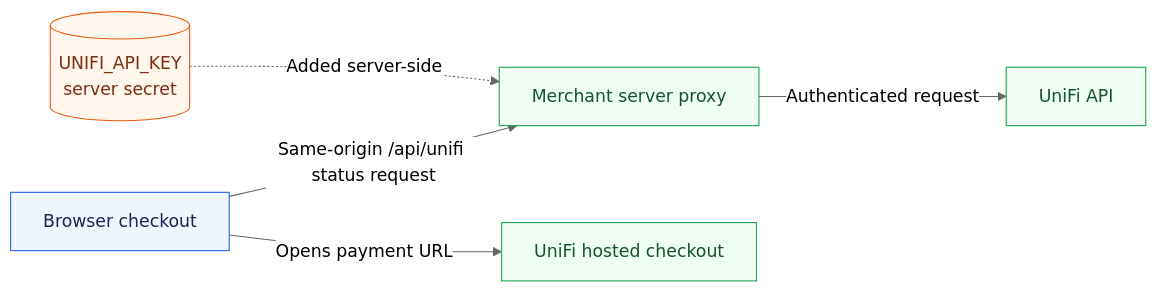
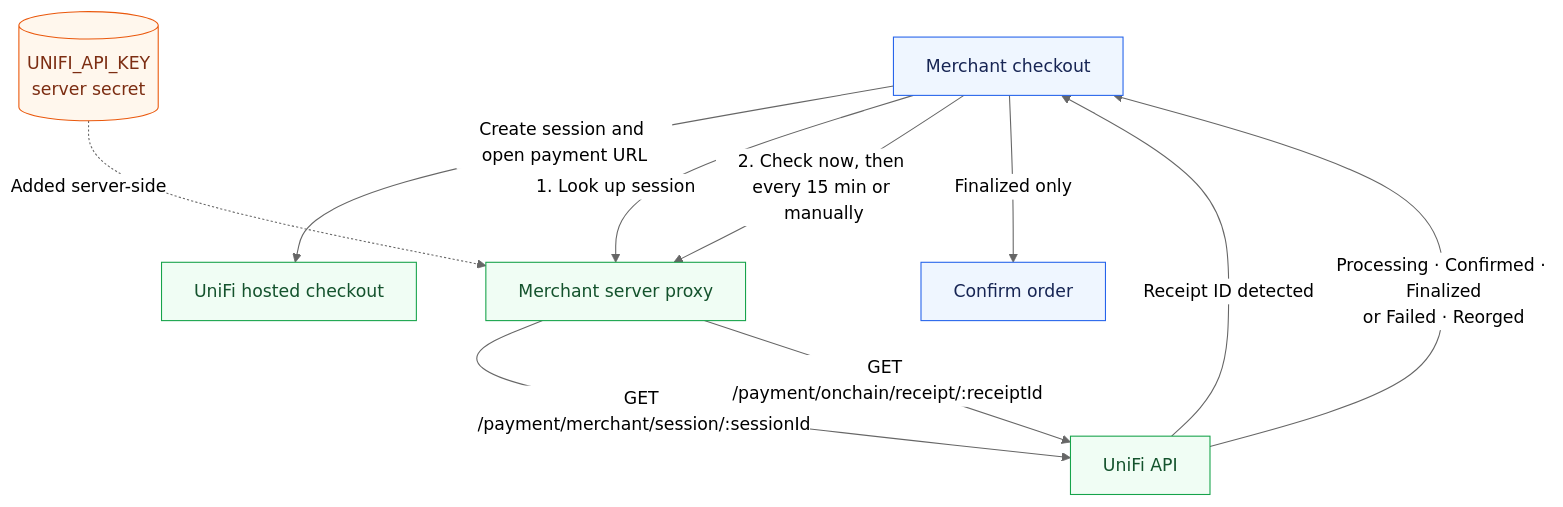
One commit to abhi3700/unifi-pay-widget changed the diagram in README.md. Above: the diagram before and after it, drawn with Mermaid (neutral theme). The commit also changed other lines of this file and 10 other files, not shown here.

Commit message:
add the unifi pay-receipt status tracking feature

````diff
--- a/README.md
+++ b/README.md
@@ -65,14 +65,19 @@
 ```mermaid
-flowchart LR
-    Browser["Browser checkout"] -->|"Same-origin /api/unifi status request"| Proxy["Merchant server proxy"]
+flowchart TD
+    Browser["Merchant checkout"] -->|"Create session and open payment URL"| Checkout["UniFi hosted checkout"]
+    Browser -->|"1. Look up session"| Proxy["Merchant server proxy"]
     Secret[("UNIFI_API_KEY<br/>server secret")] -.->|"Added server-side"| Proxy
-    Proxy -->|"Authenticated request"| UniFi["UniFi API"]
-    Browser -->|"Opens payment URL"| Checkout["UniFi hosted checkout"]
+    Proxy -->|"GET /payment/merchant/session/:sessionId"| UniFi["UniFi API"]
+    UniFi -->|"Receipt ID detected"| Browser
+    Browser -->|"2. Check now, then every 15 min or manually"| Proxy
+    Proxy -->|"GET /payment/onchain/receipt/:receiptId"| UniFi
+    UniFi -->|"Processing · Confirmed · Finalized<br/>or Failed · Reorged"| Browser
+    Browser -->|"Finalized only"| Order["Confirm order"]
 
     classDef browser fill:#eff6ff,stroke:#2563eb,color:#172554
     classDef server fill:#f0fdf4,stroke:#16a34a,color:#14532d
     classDef secret fill:#fff7ed,stroke:#ea580c,color:#7c2d12
-    class Browser browser
+    class Browser,Order browser
     class Proxy,UniFi,Checkout server
     class Secret secret
 ```
````
